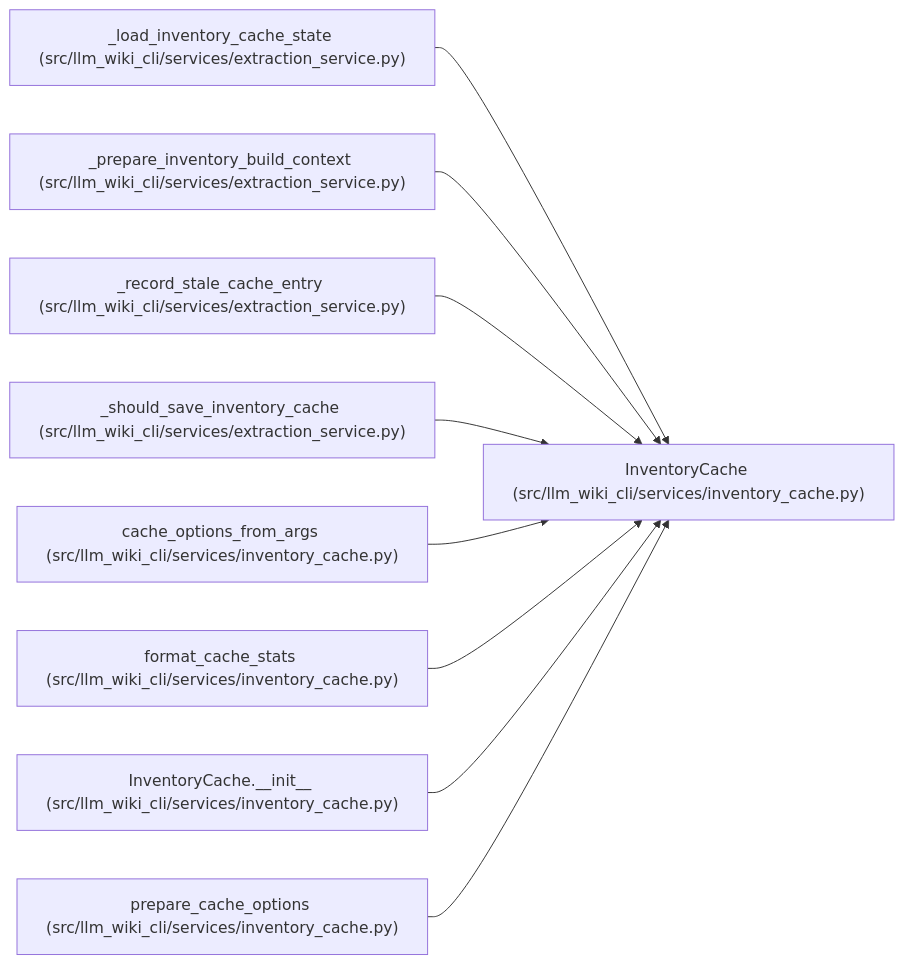
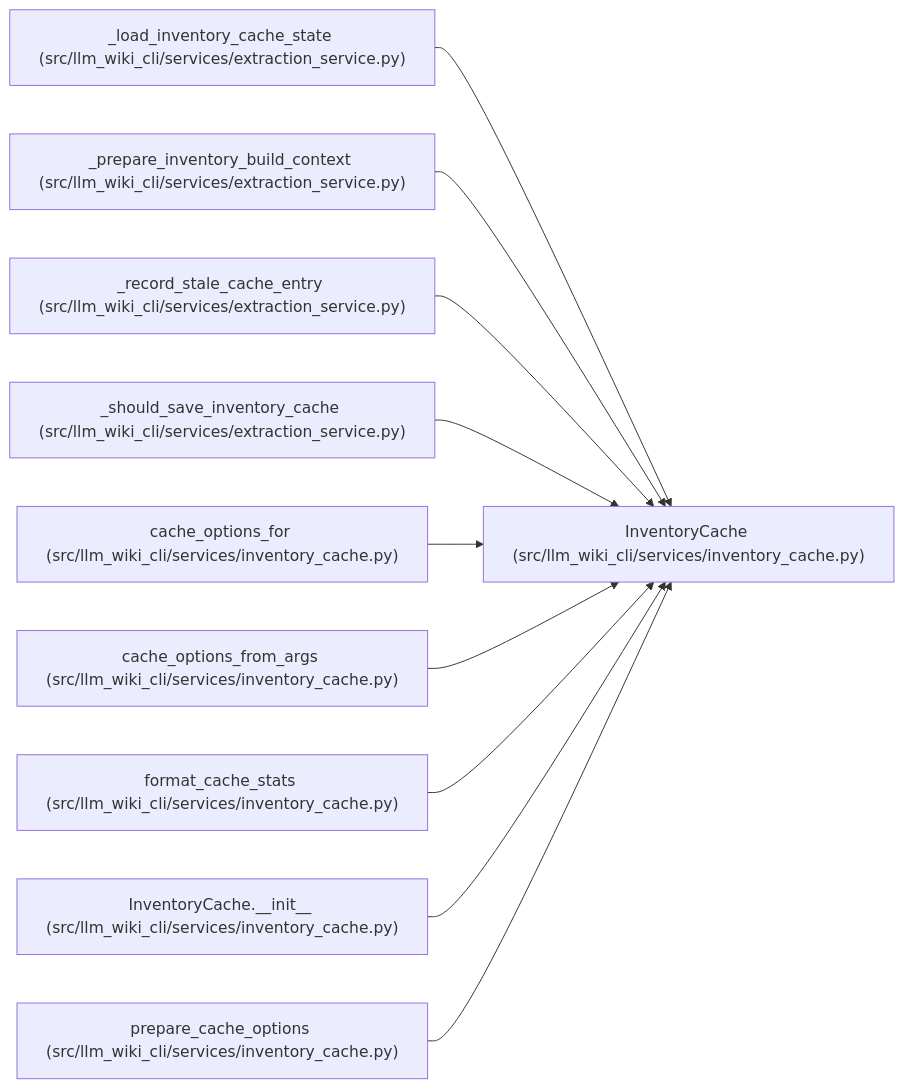
The diagram in docs/llm_wiki/entities/InventoryCache.md (Denissvgn/python-wiki-llm), drawn with Mermaid before and after one commit. The commit also changed other lines of this file and 1555 other files, not shown here.

````diff
--- a/docs/llm_wiki/entities/InventoryCache.md
+++ b/docs/llm_wiki/entities/InventoryCache.md
@@ -29,29 +29,32 @@
 ```mermaid
 flowchart LR
     n0["InventoryCache (src/llm_wiki_cli/services/inventory_cache.py)"]
     n1["_load_inventory_cache_state (src/llm_wiki_cli/services/extraction_service.py)"]
     n2["_prepare_inventory_build_context (src/llm_wiki_cli/services/extraction_service.py)"]
     n3["_record_stale_cache_entry (src/llm_wiki_cli/services/extraction_service.py)"]
     n4["_should_save_inventory_cache (src/llm_wiki_cli/services/extraction_service.py)"]
-    n5["cache_options_from_args (src/llm_wiki_cli/services/inventory_cache.py)"]
-    n6["format_cache_stats (src/llm_wiki_cli/services/inventory_cache.py)"]
-    n7["InventoryCache.__init__ (src/llm_wiki_cli/services/inventory_cache.py)"]
-    n8["prepare_cache_options (src/llm_wiki_cli/services/inventory_cache.py)"]
+    n5["cache_options_for (src/llm_wiki_cli/services/inventory_cache.py)"]
+    n6["cache_options_from_args (src/llm_wiki_cli/services/inventory_cache.py)"]
+    n7["format_cache_stats (src/llm_wiki_cli/services/inventory_cache.py)"]
+    n8["InventoryCache.__init__ (src/llm_wiki_cli/services/inventory_cache.py)"]
+    n9["prepare_cache_options (src/llm_wiki_cli/services/inventory_cache.py)"]
     n1 --> n0
     n2 --> n0
     n3 --> n0
     n4 --> n0
     n5 --> n0
     n6 --> n0
     n7 --> n0
     n8 --> n0
+    n9 --> n0
     click n0 "../modules/inventory_cache.md"
     click n1 "../modules/extraction_service.md"
     click n2 "../modules/extraction_service.md"
     click n3 "../modules/extraction_service.md"
     click n4 "../modules/extraction_service.md"
     click n5 "../modules/inventory_cache.md"
     click n6 "../modules/inventory_cache.md"
     click n7 "../modules/inventory_cache.md"
     click n8 "../modules/inventory_cache.md"
+    click n9 "../modules/inventory_cache.md"
 ```
````
